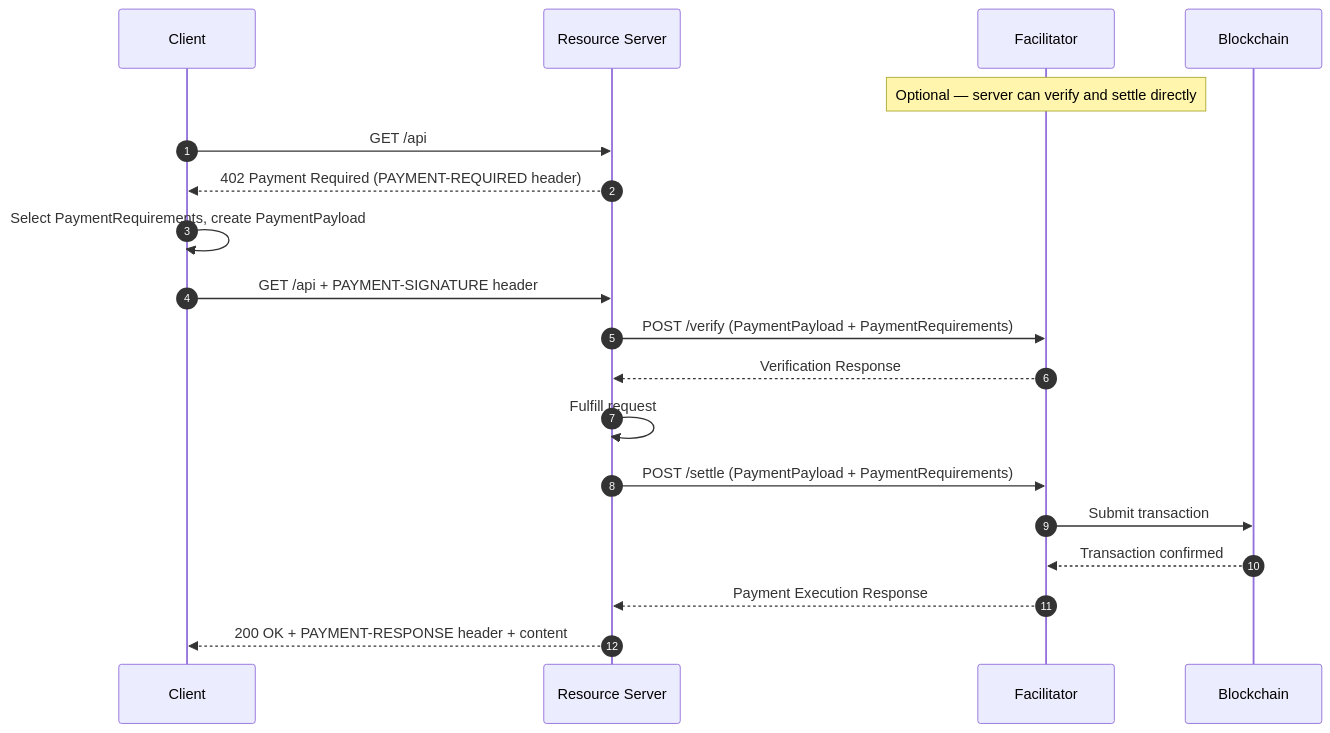
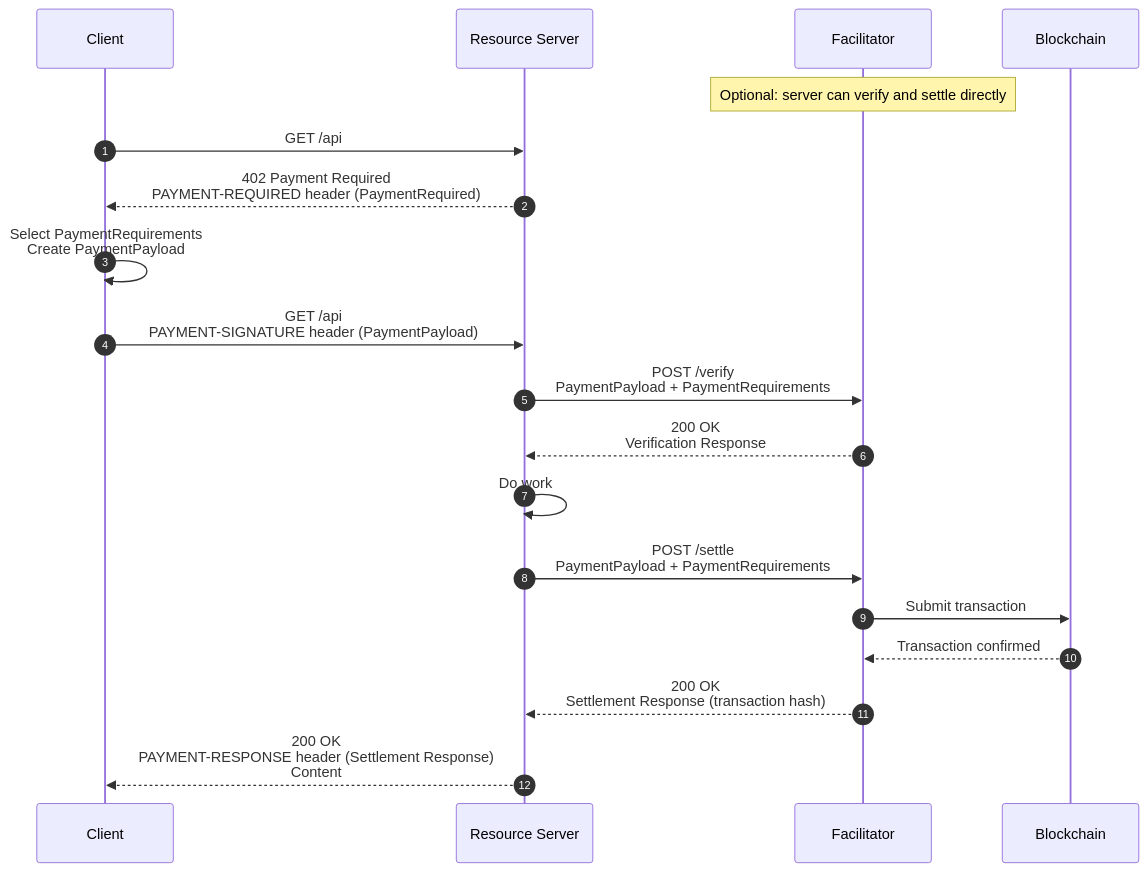
One commit to x402-foundation/x402 changed the diagram in README.md. Above: the diagram before and after it, drawn with Mermaid.

Commit message:
docs(readme): use Toby's expanded sequence diagram wording
Preserve more of the original flow.png detail: line breaks per
message, the intermediate 200 OK responses from the facilitator, the
Do work step, and the response contents. Still 12 autonumbered
messages, matching the 12-step prose one-to-one.

````diff
--- a/README.md
+++ b/README.md
@@ -114,22 +114,29 @@
 ```mermaid
 sequenceDiagram
     autonumber
     participant C as Client
     participant RS as Resource Server
     participant F as Facilitator
     participant B as Blockchain
-    Note over F: Optional — server can verify and settle directly
+
+    Note over F: Optional: server can verify and settle directly
 
     C->>RS: GET /api
-    RS-->>C: 402 Payment Required (PAYMENT-REQUIRED header)
-    C->>C: Select PaymentRequirements, create PaymentPayload
-    C->>RS: GET /api + PAYMENT-SIGNATURE header
-    RS->>F: POST /verify (PaymentPayload + PaymentRequirements)
-    F-->>RS: Verification Response
-    RS->>RS: Fulfill request
-    RS->>F: POST /settle (PaymentPayload + PaymentRequirements)
+    RS-->>C: 402 Payment Required<br/>PAYMENT-REQUIRED header (PaymentRequired)
+
+    C->>C: Select PaymentRequirements<br/>Create PaymentPayload
+
+    C->>RS: GET /api<br/>PAYMENT-SIGNATURE header (PaymentPayload)
+
+    RS->>F: POST /verify<br/>PaymentPayload + PaymentRequirements
+    F-->>RS: 200 OK<br/>Verification Response
+
+    RS->>RS: Do work
+
+    RS->>F: POST /settle<br/>PaymentPayload + PaymentRequirements
     F->>B: Submit transaction
     B-->>F: Transaction confirmed
-    F-->>RS: Payment Execution Response
-    RS-->>C: 200 OK + PAYMENT-RESPONSE header + content
+    F-->>RS: 200 OK<br/>Settlement Response (transaction hash)
+
+    RS-->>C: 200 OK<br/>PAYMENT-RESPONSE header (Settlement Response)<br/>Content
 ```
````
